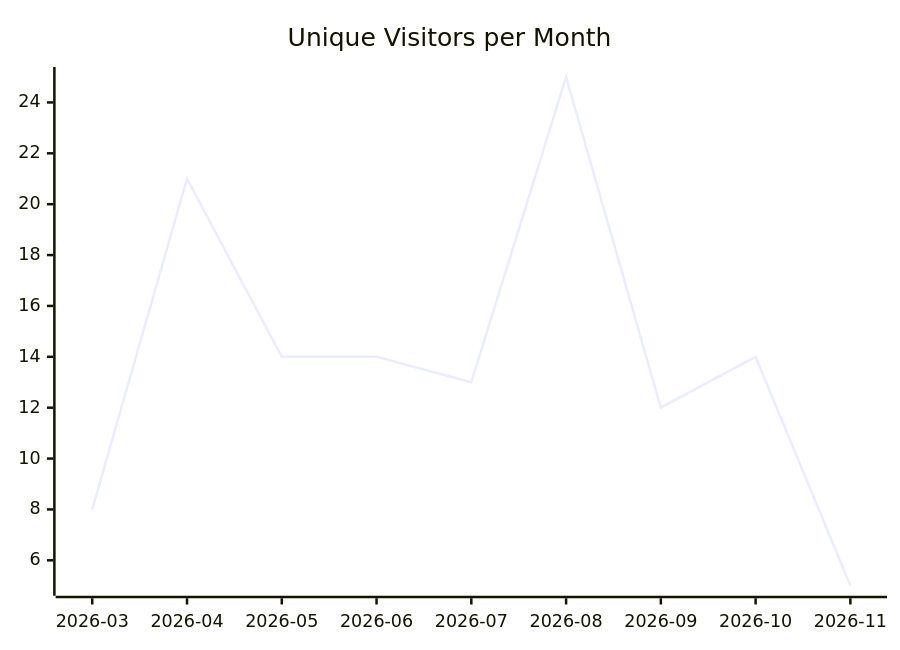
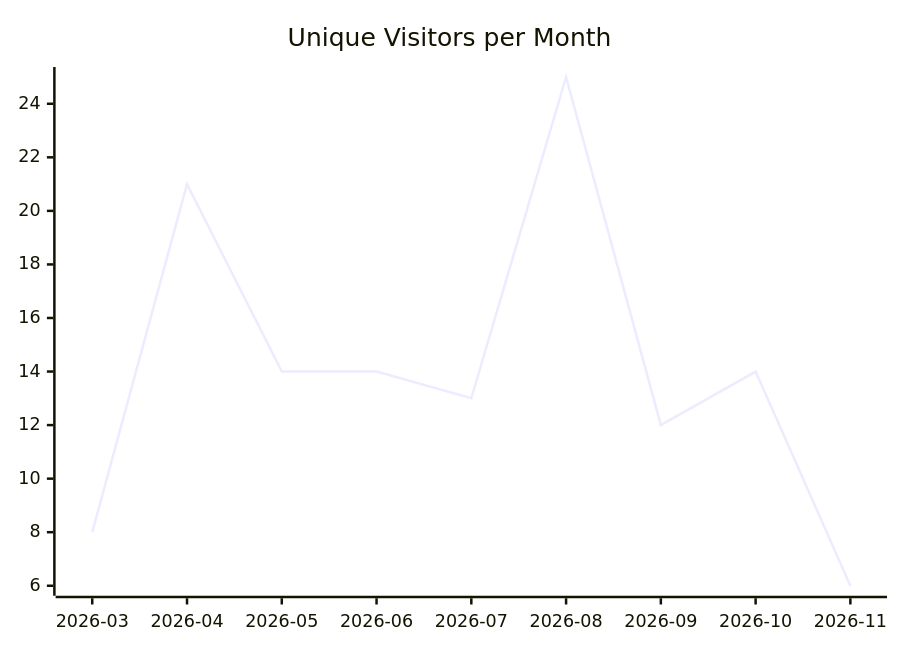
The first of 3 diagrams in karlmdavis/ksoap2-android/README.md (justdavis-family/github-analytics-data), drawn with Mermaid before and after one commit. The commit also changed other lines of this file and 193 other files, not shown here.

````diff
--- a/karlmdavis/ksoap2-android/README.md
+++ b/karlmdavis/ksoap2-android/README.md
@@ -5,6 +5,6 @@
 ```mermaid
 xychart-beta
   title "Unique Visitors per Month"
   x-axis ["2026-03", "2026-04", "2026-05", "2026-06", "2026-07", "2026-08", "2026-09", "2026-10", "2026-11"]
-  line [8, 21, 14, 14, 13, 25, 12, 14, 5]
+  line [8, 21, 14, 14, 13, 25, 12, 14, 6]
 ```
````
